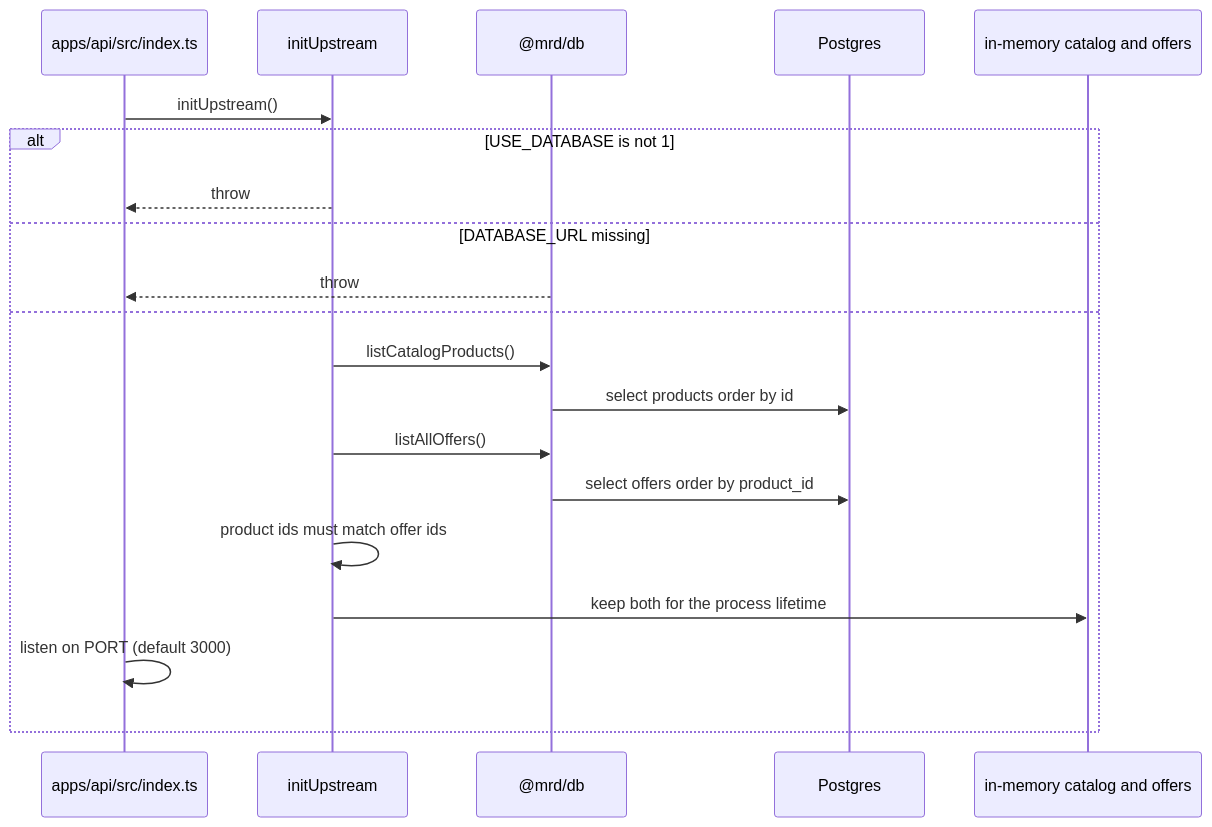
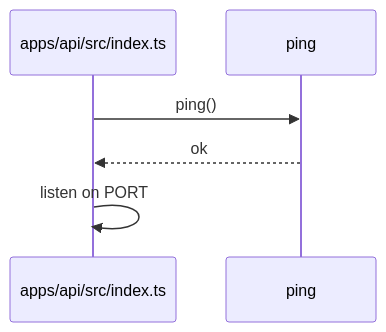
One commit to Karabo-Seipelo/MrD changed the second of 3 diagrams in ARCHITECTURE.md. Above: the diagram before and after it, drawn with Mermaid. The commit also changed other lines of this file and 18 other files, not shown here.

First line of the commit message:
feat: implement request-time catalog and offers with environment configuration

````diff
--- a/ARCHITECTURE.md
+++ b/ARCHITECTURE.md
@@ -47,23 +28,9 @@
 ```mermaid
 sequenceDiagram
   participant Index as apps/api/src/index.ts
-  participant Up as initUpstream
-  participant Db as @mrd/db
-  participant Pg as Postgres
-  participant Mem as in-memory catalog and offers
+  participant Db as ping
 
-  Index->>Up: initUpstream()
-  alt USE_DATABASE is not 1
-    Up-->>Index: throw
-  else DATABASE_URL missing
-    Db-->>Index: throw
-  else
-    Up->>Db: listCatalogProducts()
-    Db->>Pg: select products order by id
-    Up->>Db: listAllOffers()
-    Db->>Pg: select offers order by product_id
-    Up->>Up: product ids must match offer ids
-    Up->>Mem: keep both for the process lifetime
-    Index->>Index: listen on PORT (default 3000)
-  end
+  Index->>Db: ping()
+  Db-->>Index: ok
+  Index->>Index: listen on PORT
 ```
````
